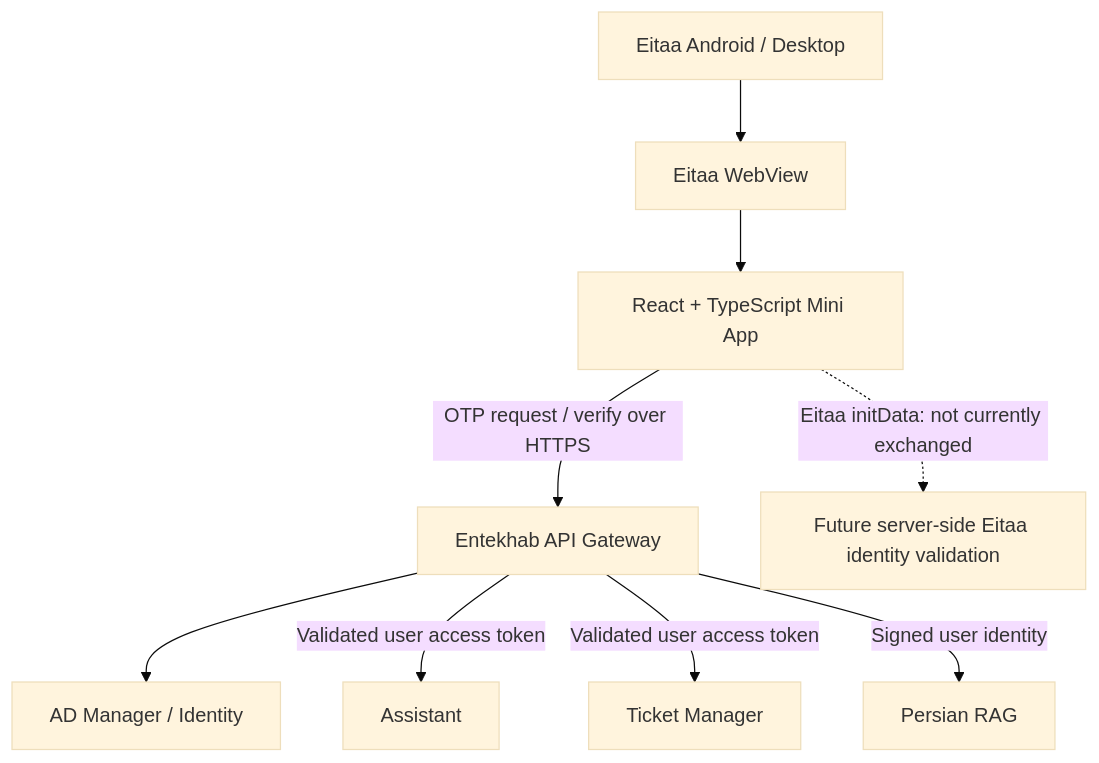
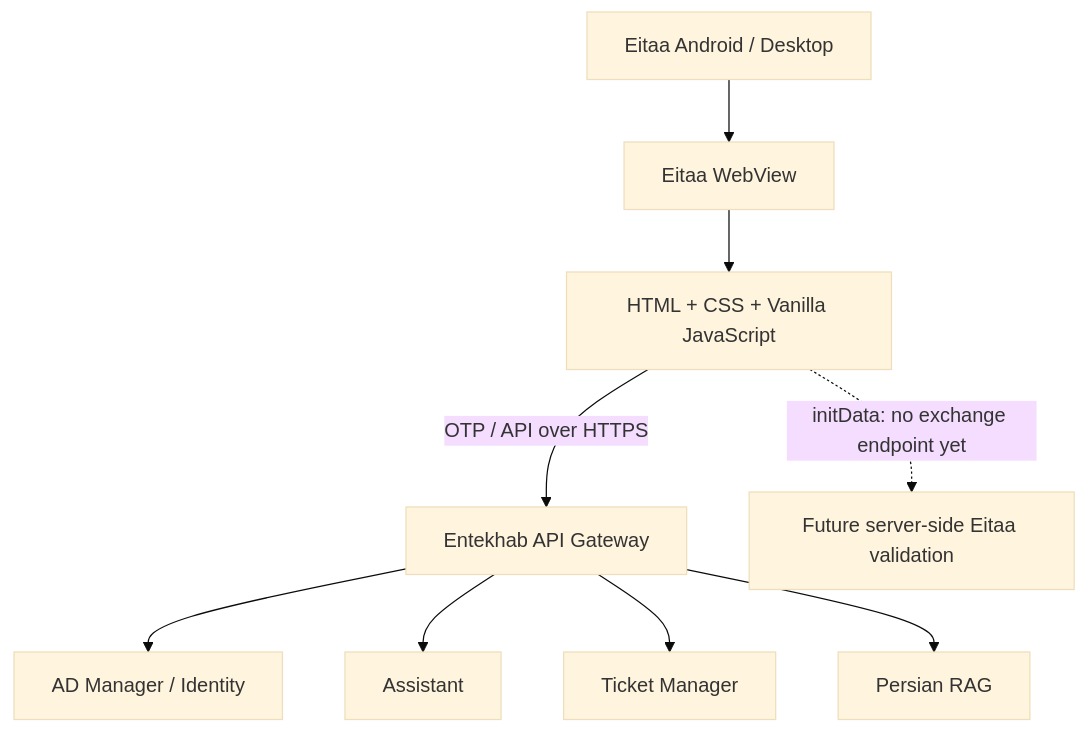
One commit to alishiri461/Entekhab-Eitaa-MiniApp changed the diagram in docs/ARCHITECTURE.md. Above: the diagram before and after it, drawn with Mermaid (base theme). The commit also changed other lines of this file, not shown here.

Commit message:
refactor(frontend): switch to vanilla HTML CSS and JavaScript

````diff
--- a/docs/ARCHITECTURE.md
+++ b/docs/ARCHITECTURE.md
@@ -14,11 +14,11 @@
 ```mermaid
 flowchart TD
   E[Eitaa Android / Desktop] --> W[Eitaa WebView]
-  W --> UI[React + TypeScript Mini App]
-  UI -->|OTP request / verify over HTTPS| GW[Entekhab API Gateway]
+  W --> UI[HTML + CSS + Vanilla JavaScript]
+  UI -->|OTP / API over HTTPS| GW[Entekhab API Gateway]
   GW --> ID[AD Manager / Identity]
-  GW -->|Validated user access token| AS[Assistant]
-  GW -->|Validated user access token| TK[Ticket Manager]
-  GW -->|Signed user identity| RAG[Persian RAG]
-  UI -.->|Eitaa initData: not currently exchanged| FUTURE[Future server-side Eitaa identity validation]
+  GW --> AS[Assistant]
+  GW --> TK[Ticket Manager]
+  GW --> RAG[Persian RAG]
+  UI -.->|initData: no exchange endpoint yet| FUTURE[Future server-side Eitaa validation]
 ```
````
